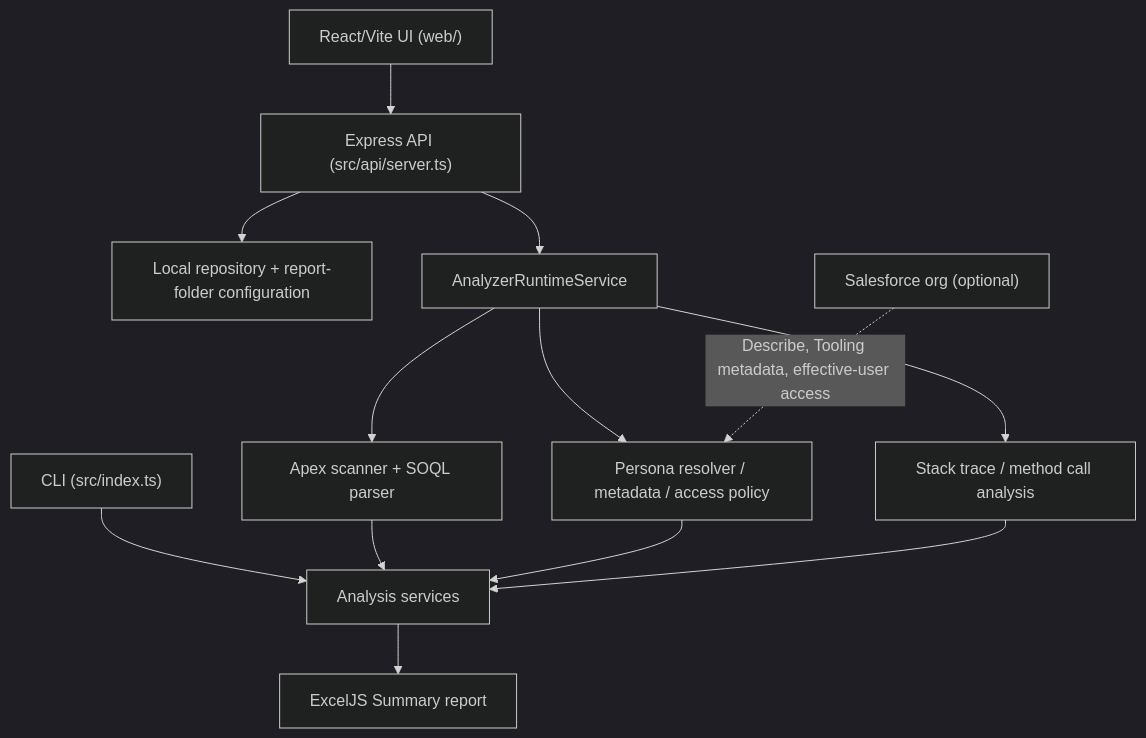
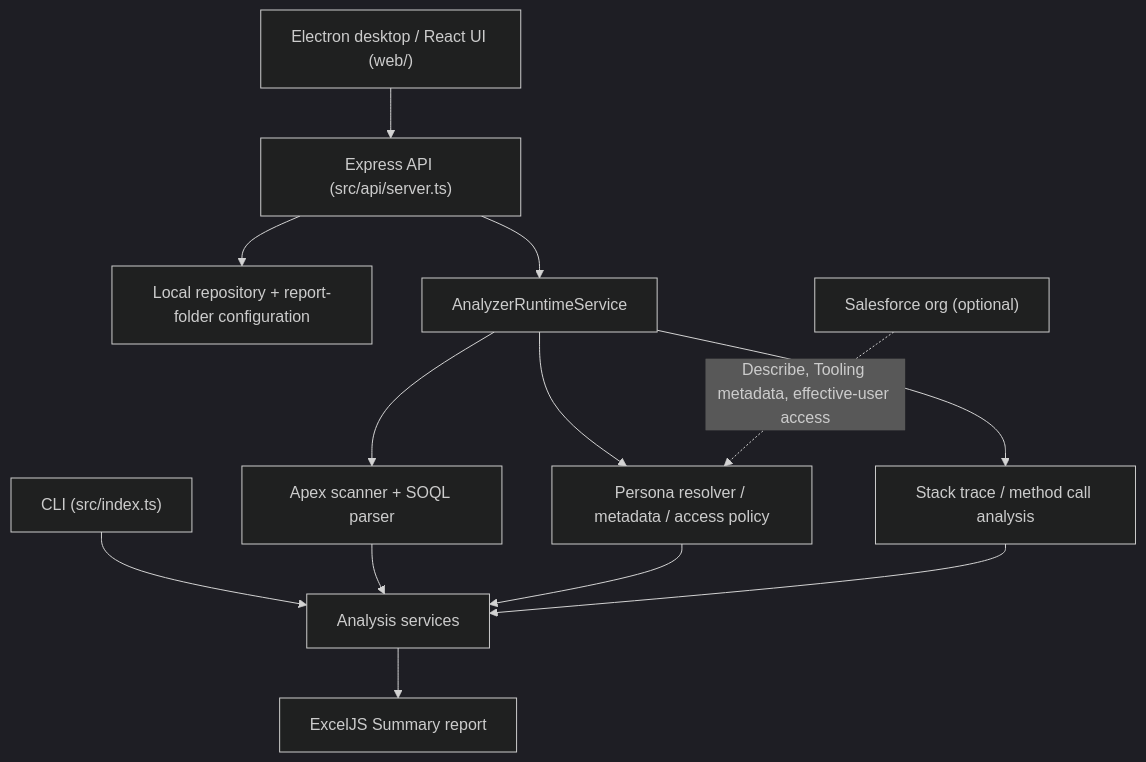
One commit to Shubhamu68/SalesforceRepositoryAnalyzer changed the diagram in docs/architecture.md. Above: the diagram before and after it, drawn with Mermaid (dark theme). The commit also changed other lines of this file, not shown here.

Commit message:
docs: align docs/architecture.md with Electron desktop distribution

````diff
--- a/docs/architecture.md
+++ b/docs/architecture.md
@@ -5,15 +5,15 @@
 ```mermaid
 flowchart TD
-  UI["React/Vite UI (web/)"] --> API["Express API (src/api/server.ts)"]
+  UI["Electron desktop / React UI (web/)"] --> API["Express API (src/api/server.ts)"]
   CLI["CLI (src/index.ts)"] --> Services["Analysis services"]
   API --> Setup["Local repository + report-folder configuration"]
   API --> Runtime["AnalyzerRuntimeService"]
   Runtime --> Scanner["Apex scanner + SOQL parser"]
   Runtime --> Perms["Persona resolver / metadata / access policy"]
   Runtime --> Stack["Stack trace / method call analysis"]
   Scanner --> Services
   Perms --> Services
   Stack --> Services
   SF["Salesforce org (optional)"] -. "Describe, Tooling metadata, effective-user access" .-> Perms
   Services --> Excel["ExcelJS Summary report"]
 ```
````
